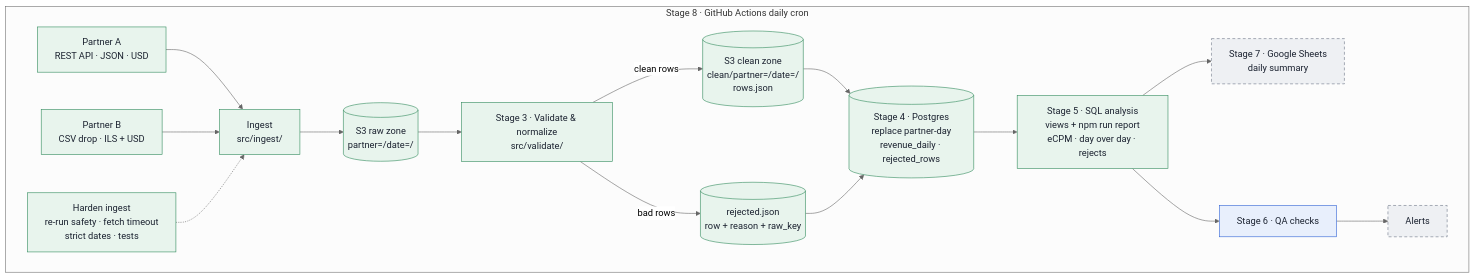
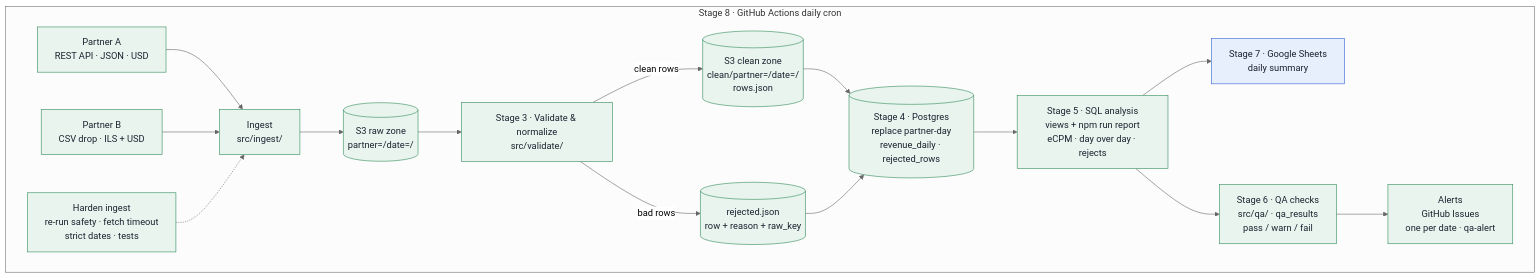
The diagram in docs/ARCHITECTURE.md (RonEstrin12/adtech-revenue-pipeline), drawn with Mermaid (neutral theme) before and after one commit. The commit also changed other lines of this file and 15 other files, not shown here.

First line of the commit message:
Add stage 6: QA checks with GitHub Issue alerts

````diff
--- a/docs/ARCHITECTURE.md
+++ b/docs/ARCHITECTURE.md
@@ -6,35 +6,35 @@
 ```mermaid
 flowchart LR
     subgraph sched["Stage 8 · GitHub Actions daily cron"]
         direction LR
         A["Partner A<br/>REST API · JSON · USD"]:::done
         B["Partner B<br/>CSV drop · ILS + USD"]:::done
         ING["Ingest<br/>src/ingest/"]:::done
         FIX["Harden ingest<br/>re-run safety · fetch timeout<br/>strict dates · tests"]:::done
         RAW[("S3 raw zone<br/>partner=/date=/")]:::done
         VAL["Stage 3 · Validate & normalize<br/>src/validate/"]:::done
         CLEAN[("S3 clean zone<br/>clean/partner=/date=/<br/>rows.json")]:::done
         REJ[("rejected.json<br/>row + reason + raw_key")]:::done
         PG[("Stage 4 · Postgres<br/>replace partner-day<br/>revenue_daily · rejected_rows")]:::done
         SQL["Stage 5 · SQL analysis<br/>views + npm run report<br/>eCPM · day over day · rejects"]:::done
-        QA["Stage 6 · QA checks"]:::next
-        AL["Alerts"]:::later
-        GS["Stage 7 · Google Sheets<br/>daily summary"]:::later
+        QA["Stage 6 · QA checks<br/>src/qa/ · qa_results<br/>pass / warn / fail"]:::done
+        AL["Alerts<br/>GitHub Issues<br/>one per date · qa-alert"]:::done
+        GS["Stage 7 · Google Sheets<br/>daily summary"]:::next
 
         A --> ING
         B --> ING
         FIX -.-> ING
         ING --> RAW --> VAL
         VAL -- clean rows --> CLEAN --> PG
         VAL -- bad rows --> REJ
         PG --> SQL --> GS
         SQL --> QA
         REJ --> PG
         QA --> AL
     end
 
     classDef done fill:#e8f4ed,stroke:#2f8a5b,color:#1b2230
     classDef fix fill:#fdf1df,stroke:#b26a00,color:#1b2230
     classDef next fill:#e8effc,stroke:#2c5fd4,color:#1b2230
     classDef later fill:#eef0f3,stroke:#6b7385,stroke-dasharray:5 4,color:#1b2230
 ```
````
